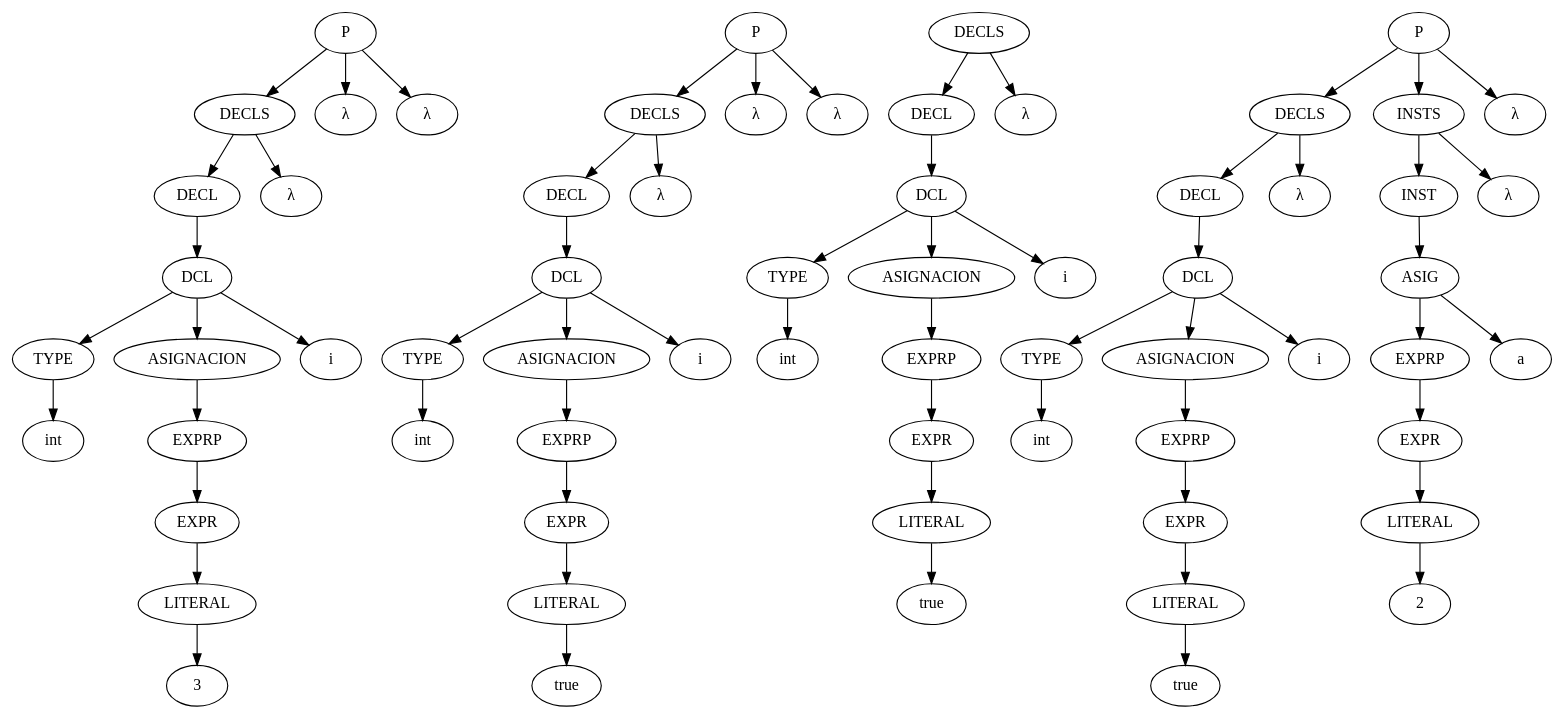
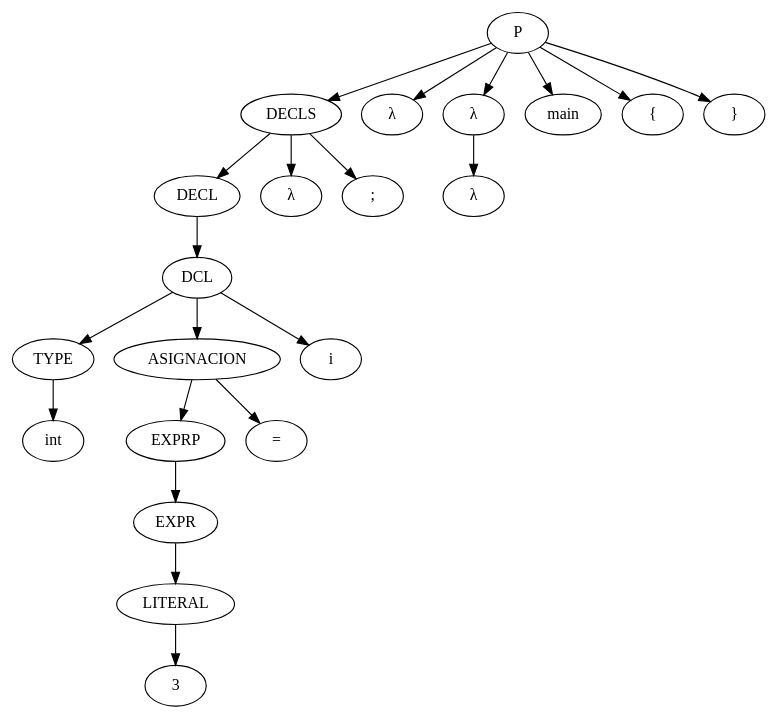
The diagram in Arbol sintactico.dot (TomeuRamis/Csar), drawn with Graphviz before and after one commit. The commit also changed 5 other files, not shown here.

```diff
--- a/Arbol sintactico.dot
+++ b/Arbol sintactico.dot
@@ -1,128 +1,43 @@
 strict digraph G {
-  TYPE0 [ label="TYPE" ];
-  int1 [ label="int" ];
-  LITERAL2 [ label="LITERAL" ];
-  33 [ label="3" ];
-  EXPR4 [ label="EXPR" ];
-  EXPRP5 [ label="EXPRP" ];
-  ASIGNACION6 [ label="ASIGNACION" ];
-  DCL7 [ label="DCL" ];
-  i8 [ label="i" ];
-  DECL9 [ label="DECL" ];
-  lambda10 [ label="λ" ];
-  DECLS11 [ label="DECLS" ];
-  lambda12 [ label="λ" ];
-  lambda13 [ label="λ" ];
-  P14 [ label="P" ];
-  TYPE15 [ label="TYPE" ];
-  int16 [ label="int" ];
-  LITERAL17 [ label="LITERAL" ];
-  true18 [ label="true" ];
-  EXPR19 [ label="EXPR" ];
-  EXPRP20 [ label="EXPRP" ];
-  ASIGNACION21 [ label="ASIGNACION" ];
-  DCL22 [ label="DCL" ];
-  i23 [ label="i" ];
-  DECL24 [ label="DECL" ];
-  lambda25 [ label="λ" ];
-  DECLS26 [ label="DECLS" ];
-  lambda27 [ label="λ" ];
-  lambda28 [ label="λ" ];
-  P29 [ label="P" ];
-  TYPE30 [ label="TYPE" ];
-  int31 [ label="int" ];
-  LITERAL32 [ label="LITERAL" ];
-  true33 [ label="true" ];
-  EXPR34 [ label="EXPR" ];
-  EXPRP35 [ label="EXPRP" ];
-  ASIGNACION36 [ label="ASIGNACION" ];
-  DCL37 [ label="DCL" ];
-  i38 [ label="i" ];
-  DECL39 [ label="DECL" ];
-  lambda40 [ label="λ" ];
-  DECLS41 [ label="DECLS" ];
-  TYPE42 [ label="TYPE" ];
-  int43 [ label="int" ];
-  LITERAL44 [ label="LITERAL" ];
-  true45 [ label="true" ];
-  EXPR46 [ label="EXPR" ];
-  EXPRP47 [ label="EXPRP" ];
-  ASIGNACION48 [ label="ASIGNACION" ];
-  DCL49 [ label="DCL" ];
-  i50 [ label="i" ];
-  DECL51 [ label="DECL" ];
-  lambda52 [ label="λ" ];
-  DECLS53 [ label="DECLS" ];
-  LITERAL54 [ label="LITERAL" ];
-  255 [ label="2" ];
-  EXPR56 [ label="EXPR" ];
-  EXPRP57 [ label="EXPRP" ];
-  ASIG58 [ label="ASIG" ];
-  a59 [ label="a" ];
-  INST60 [ label="INST" ];
-  lambda61 [ label="λ" ];
-  INSTS62 [ label="INSTS" ];
-  lambda63 [ label="λ" ];
-  P64 [ label="P" ];
-  TYPE0 -> int1;
-  LITERAL2 -> 33;
-  EXPR4 -> LITERAL2;
-  EXPRP5 -> EXPR4;
-  ASIGNACION6 -> EXPRP5;
-  DCL7 -> TYPE0;
-  DCL7 -> i8;
-  DCL7 -> ASIGNACION6;
-  DECL9 -> DCL7;
-  DECLS11 -> DECL9;
-  DECLS11 -> lambda10;
-  P14 -> DECLS11;
-  P14 -> lambda12;
-  P14 -> lambda13;
-  TYPE15 -> int16;
-  LITERAL17 -> true18;
-  EXPR19 -> LITERAL17;
-  EXPRP20 -> EXPR19;
-  ASIGNACION21 -> EXPRP20;
-  DCL22 -> TYPE15;
-  DCL22 -> i23;
-  DCL22 -> ASIGNACION21;
-  DECL24 -> DCL22;
-  DECLS26 -> DECL24;
-  DECLS26 -> lambda25;
-  P29 -> DECLS26;
-  P29 -> lambda27;
-  P29 -> lambda28;
-  TYPE30 -> int31;
-  LITERAL32 -> true33;
-  EXPR34 -> LITERAL32;
-  EXPRP35 -> EXPR34;
-  ASIGNACION36 -> EXPRP35;
-  DCL37 -> TYPE30;
-  DCL37 -> i38;
-  DCL37 -> ASIGNACION36;
-  DECL39 -> DCL37;
-  DECLS41 -> DECL39;
-  DECLS41 -> lambda40;
-  TYPE42 -> int43;
-  LITERAL44 -> true45;
-  EXPR46 -> LITERAL44;
-  EXPRP47 -> EXPR46;
-  ASIGNACION48 -> EXPRP47;
-  DCL49 -> TYPE42;
-  DCL49 -> i50;
-  DCL49 -> ASIGNACION48;
-  DECL51 -> DCL49;
-  DECLS53 -> DECL51;
-  DECLS53 -> lambda52;
-  LITERAL54 -> 255;
-  EXPR56 -> LITERAL54;
-  EXPRP57 -> EXPR56;
-  ASIG58 -> a59;
-  ASIG58 -> EXPRP57;
-  INST60 -> ASIG58;
-  INSTS62 -> INST60;
-  INSTS62 -> lambda61;
-  P64 -> DECLS53;
-  P64 -> INSTS62;
-  P64 -> lambda63;
+  s0 [ label="TYPE" ];
+  s1 [ label="int" ];
+  s2 [ label="LITERAL" ];
+  s3 [ label="3" ];
+  s4 [ label="EXPR" ];
+  s5 [ label="EXPRP" ];
+  s6 [ label="ASIGNACION" ];
+  s7 [ label="=" ];
+  s8 [ label="DCL" ];
+  s9 [ label="i" ];
+  s10 [ label="DECL" ];
+  s11 [ label="λ" ];
+  s12 [ label="DECLS" ];
+  s13 [ label=";" ];
+  s14 [ label="λ" ];
+  s15 [ label="λ" ];
+  s16 [ label="λ" ];
+  s17 [ label="P" ];
+  s18 [ label="main" ];
+  s19 [ label="{" ];
+  s20 [ label="}" ];
+  s0 -> s1;
+  s2 -> s3;
+  s4 -> s2;
+  s5 -> s4;
+  s6 -> s7;
+  s6 -> s5;
+  s8 -> s0;
+  s8 -> s9;
+  s8 -> s6;
+  s10 -> s8;
+  s12 -> s10;
+  s12 -> s13;
+  s12 -> s11;
+  s15 -> s16;
+  s17 -> s12;
+  s17 -> s18;
+  s17 -> s19;
+  s17 -> s14;
+  s17 -> s20;
+  s17 -> s15;
 }
```
